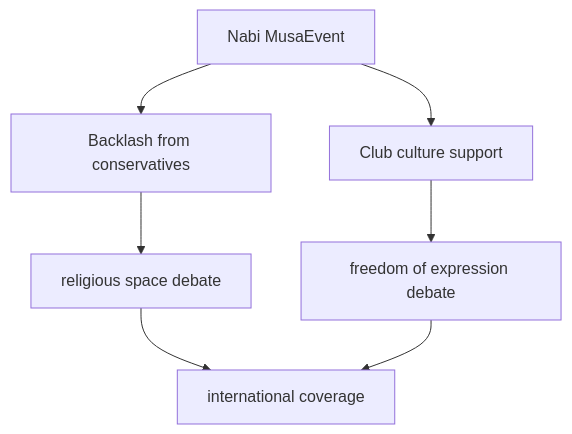
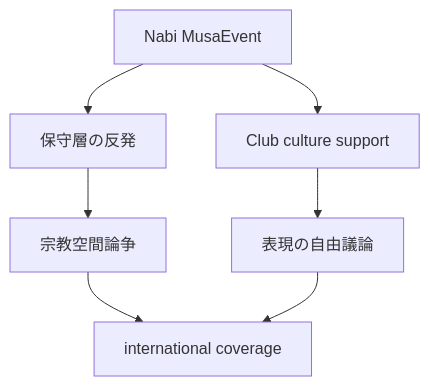
Before and after one commit to monumental-movement/monumental-movement.github.io: the fifth of 7 diagrams in en/_posts/2026-05-24-column-sama-abdulhadi.md, drawn with Mermaid. The commit also changed other lines of this file and 2196 other files, not shown here.

```diff
--- a/en/_posts/2026-05-24-column-sama-abdulhadi.md
+++ b/en/_posts/2026-05-24-column-sama-abdulhadi.md
@@ -343,9 +343,9 @@
 <div class="mermaid">
 graph TD
-A[Nabi MusaEvent] --> B[Backlash from conservatives]
+A[Nabi MusaEvent] --> B[保守層の反発]
 A --> C[Club culture support]
-B --> D[religious space debate]
-C --> E[freedom of expression debate]
+B --> D[宗教空間論争]
+C --> E[表現の自由議論]
 D --> F[international coverage]
 E --> F
 </div>
```
